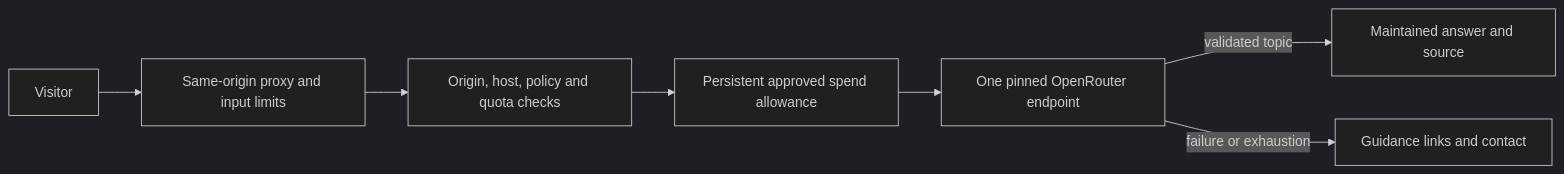
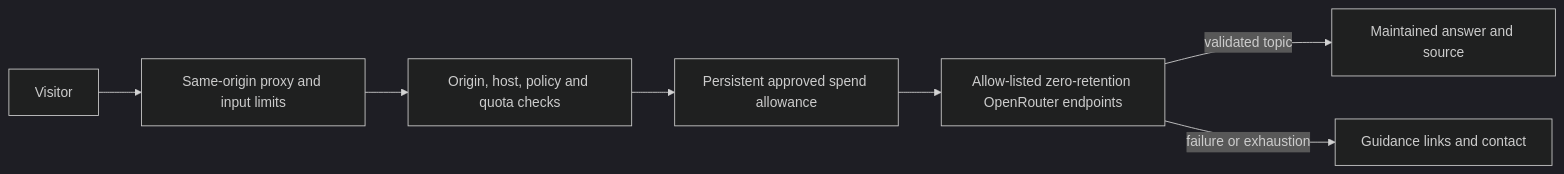
The third of 3 diagrams in docs/ARCHITECTURE.md (Zahidulislam2222/Chronos), drawn with Mermaid (dark theme) before and after one commit. The commit also changed other lines of this file and 8 other files, not shown here.

First line of the commit message:
fix(guide): route to zero-retention endpoints and stop failed calls draining the budget

````diff
--- a/docs/ARCHITECTURE.md
+++ b/docs/ARCHITECTURE.md
@@ -180,9 +180,9 @@
 ```mermaid
 flowchart LR
     Visitor --> Proxy[Same-origin proxy and input limits]
     Proxy --> Guide[Origin, host, policy and quota checks]
     Guide --> Ledger[Persistent approved spend allowance]
-    Ledger --> Remote[One pinned OpenRouter endpoint]
+    Ledger --> Remote[Allow-listed zero-retention OpenRouter endpoints]
     Remote -->|validated topic| Answer[Maintained answer and source]
     Remote -->|failure or exhaustion| Links[Guidance links and contact]
 ```
````
